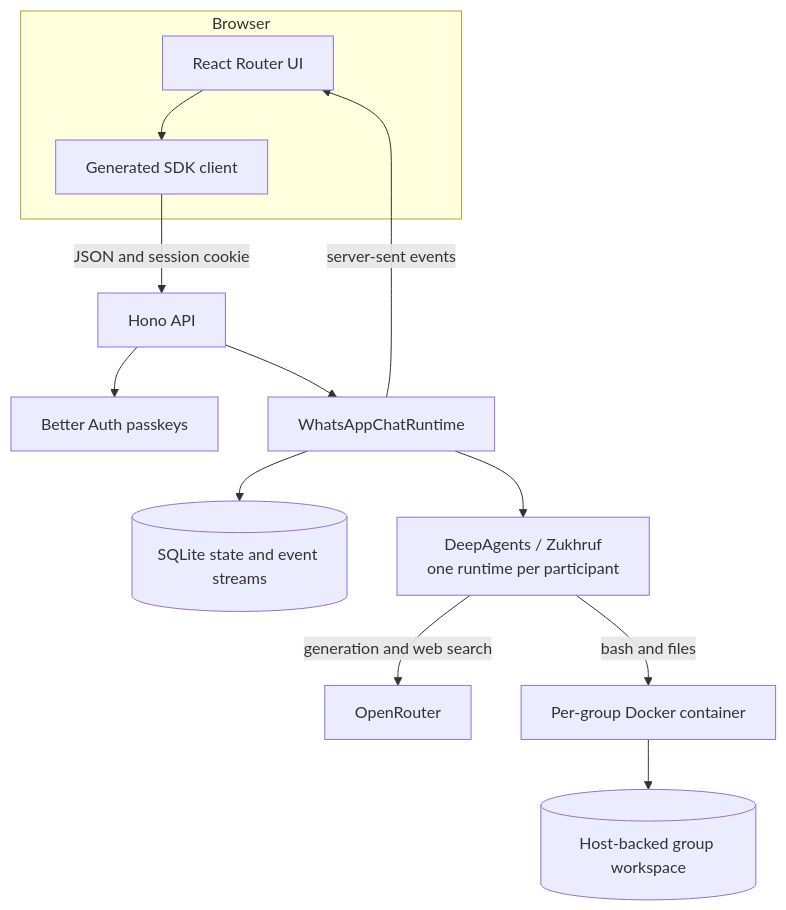
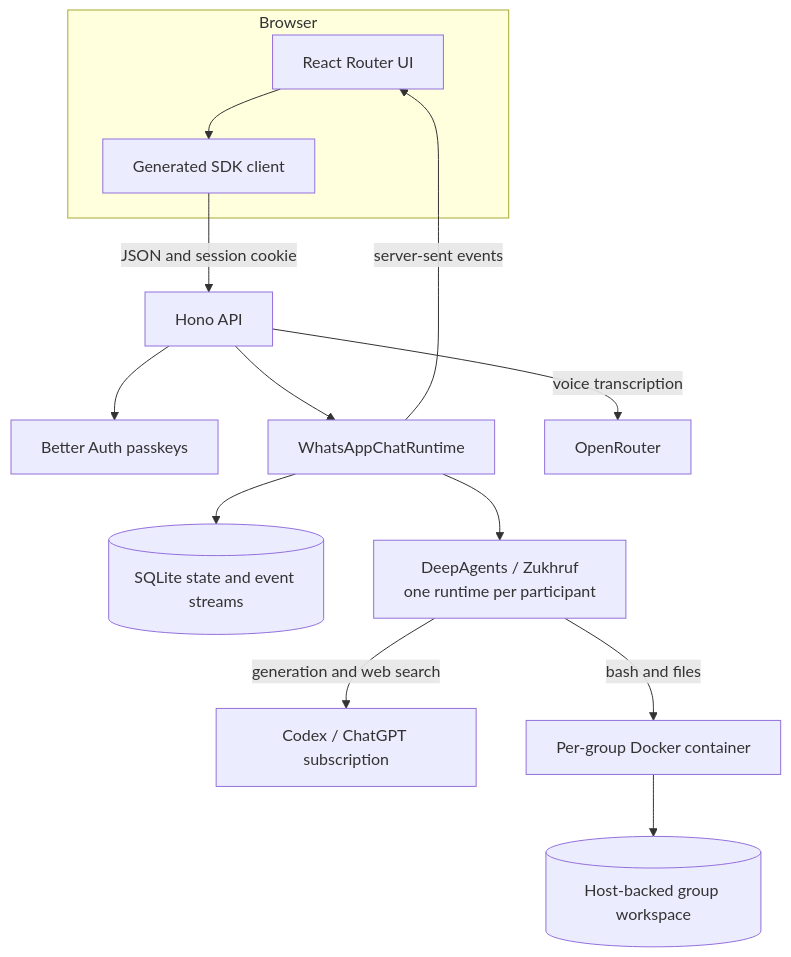
Before and after one commit to ezzabuzaid/blackboard: the first of 2 diagrams in README.md, drawn with Mermaid. The commit also changed other lines of this file and 9 other files, not shown here.

First line of the commit message:
feat(api): upgrade DeepAgents and use Codex Sol 6.1

````diff
--- a/README.md
+++ b/README.md
@@ -29,18 +29,19 @@
 ```mermaid
 flowchart TB
   subgraph Browser
     UI[React Router UI]
     Client[Generated SDK client]
     UI --> Client
   end
 
   Client -->|JSON and session cookie| API[Hono API]
   API --> Auth[Better Auth passkeys]
   API --> Runtime[WhatsAppChatRuntime]
   Runtime --> State[(SQLite state and event streams)]
   Runtime --> Agents[DeepAgents / Zukhruf<br/>one runtime per participant]
-  Agents -->|generation and web search| OpenRouter[OpenRouter]
+  Agents -->|generation and web search| Codex[Codex / ChatGPT subscription]
+  API -->|voice transcription| OpenRouter[OpenRouter]
   Agents -->|bash and files| Sandbox[Per-group Docker container]
   Sandbox --> Workspace[(Host-backed group workspace)]
   Runtime -->|server-sent events| UI
 ```
````
